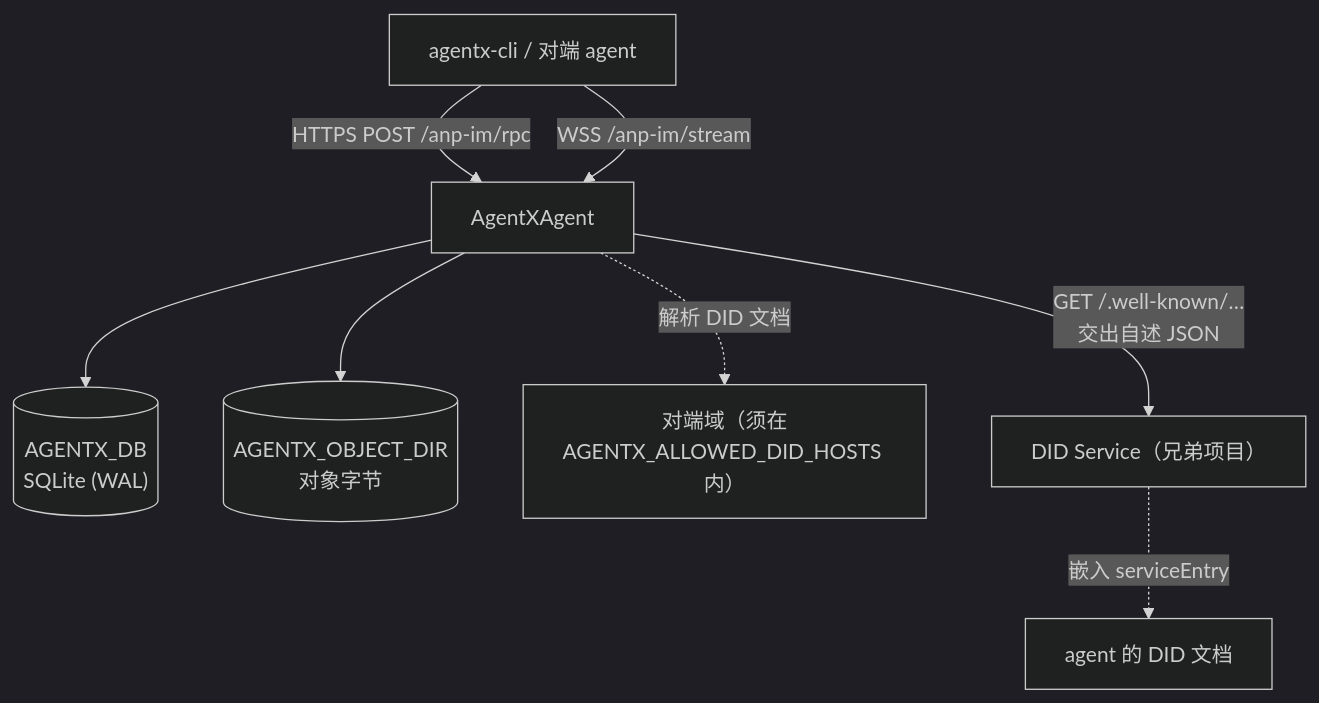
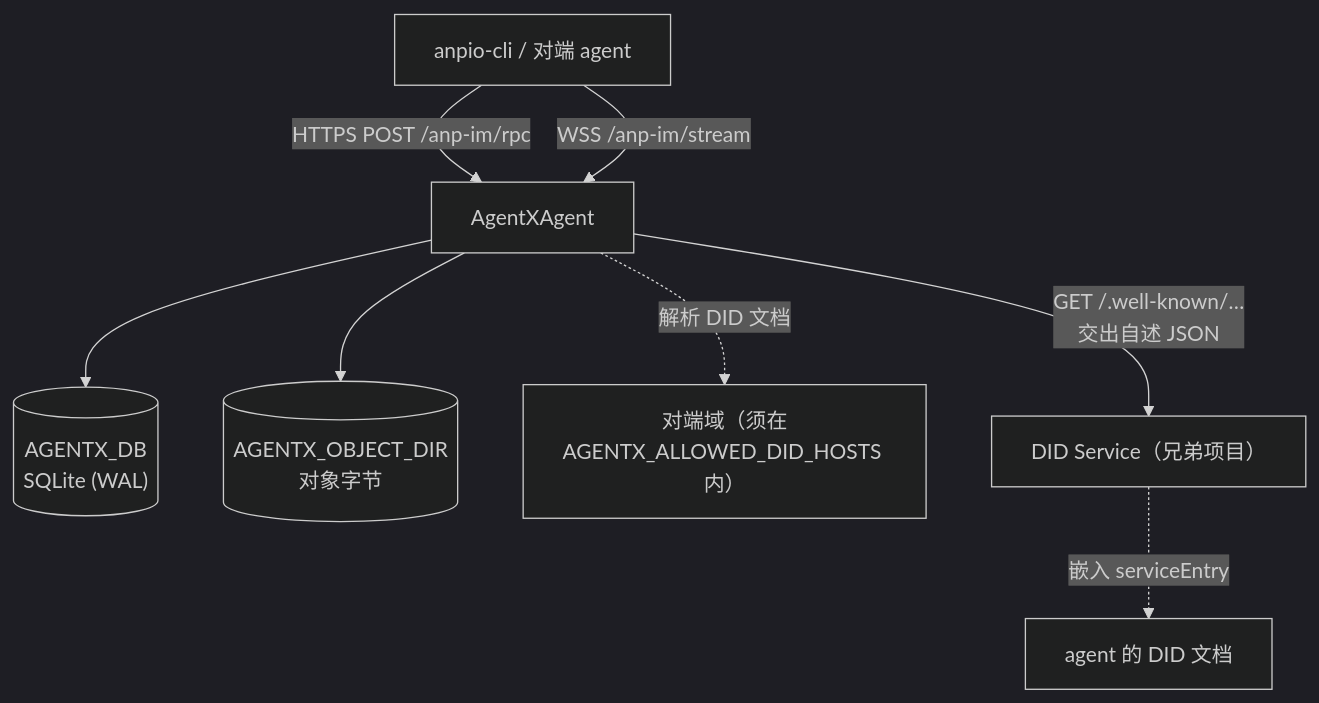
The diagram in vercel/guide/deploy.md (eccstartup/anpio-cli), drawn with Mermaid (dark theme) before and after one commit. The commit also changed 100 other files, not shown here.

First line of the commit message:
feat(cli): the client is anpio-cli, and it can adopt an anpio-key DID

````diff
--- a/vercel/guide/deploy.md
+++ b/vercel/guide/deploy.md
@@ -18,10 +18,10 @@
 ```mermaid
 graph TD
-  Client["agentx-cli / 对端 agent"] -->|"HTTPS POST /anp-im/rpc"| SVC["AgentXAgent"]
+  Client["anpio-cli / 对端 agent"] -->|"HTTPS POST /anp-im/rpc"| SVC["AgentXAgent"]
   Client -->|"WSS /anp-im/stream"| SVC
   SVC --> DB[("AGENTX_DB<br/>SQLite (WAL)")]
   SVC --> OBJ[("AGENTX_OBJECT_DIR<br/>对象字节")]
   SVC -. "解析 DID 文档" .-> DID["对端域（须在<br/>AGENTX_ALLOWED_DID_HOSTS 内）"]
   DIDService["DID Service（兄弟项目）"] -. "嵌入 serviceEntry" .-> DOC["agent 的 DID 文档"]
   SVC -->|"GET /.well-known/…<br/>交出自述 JSON"| DIDService
 ```
````
